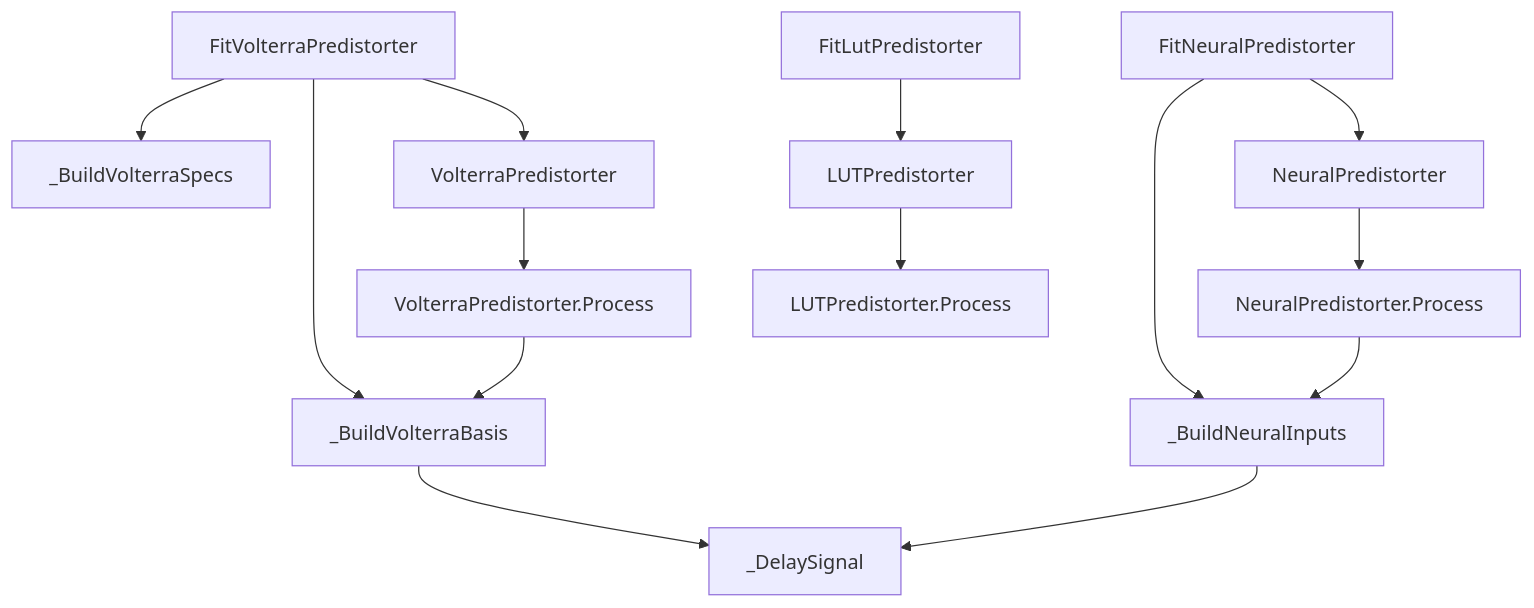
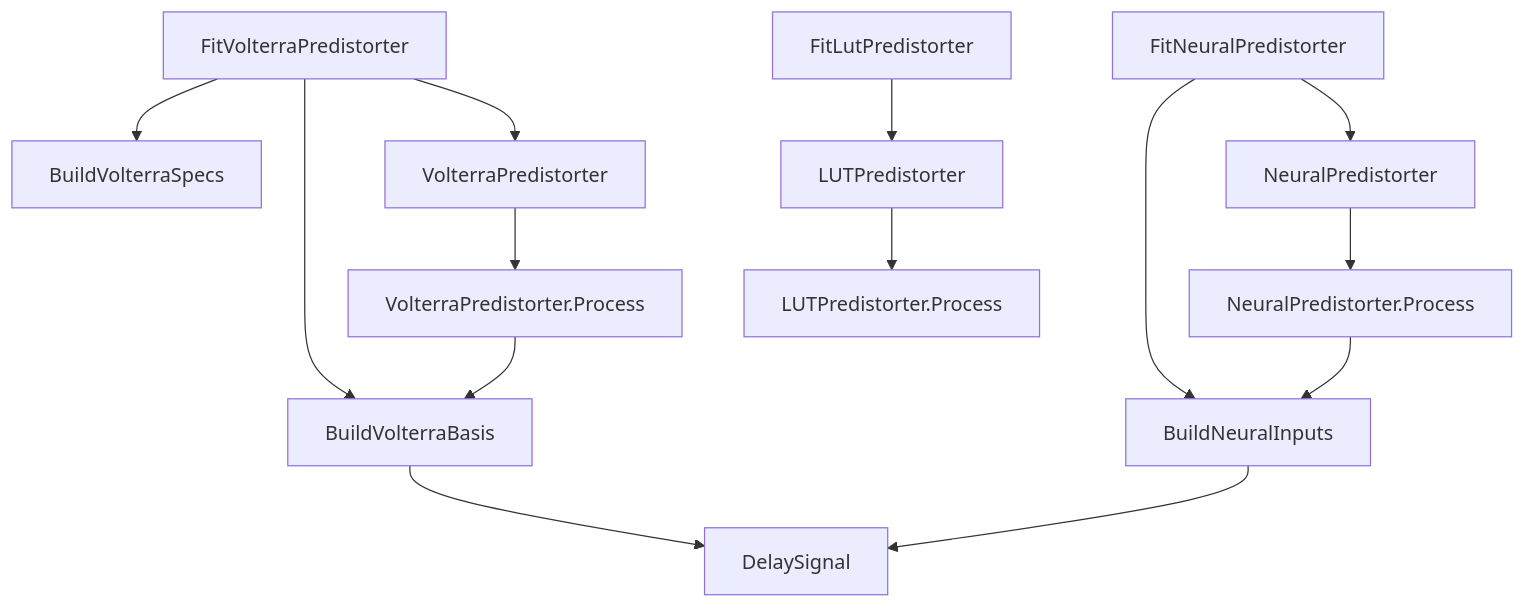
Before and after one commit to niyilu45/DPD_ILC: the sixth of 10 diagrams in README.md, drawn with Mermaid. The commit also changed other lines of this file and 13 other files, not shown here.

````diff
--- a/README.md
+++ b/README.md
@@ -240,18 +247,18 @@
 ```mermaid
 flowchart TD
-    fitVolterra["FitVolterraPredistorter"] --> volterraSpecs["_BuildVolterraSpecs"]
-    fitVolterra --> volterraBasis["_BuildVolterraBasis"]
-    volterraBasis --> delay["_DelaySignal"]
+    fitVolterra["FitVolterraPredistorter"] --> volterraSpecs["BuildVolterraSpecs"]
+    fitVolterra --> volterraBasis["BuildVolterraBasis"]
+    volterraBasis --> delay["DelaySignal"]
     fitVolterra --> volterraModel["VolterraPredistorter"]
     volterraModel --> volterraProcess["VolterraPredistorter.Process"]
     volterraProcess --> volterraBasis
 
     fitLut["FitLutPredistorter"] --> lutModel["LUTPredistorter"]
     lutModel --> lutProcess["LUTPredistorter.Process"]
 
-    fitNn["FitNeuralPredistorter"] --> neuralInputs["_BuildNeuralInputs"]
+    fitNn["FitNeuralPredistorter"] --> neuralInputs["BuildNeuralInputs"]
     neuralInputs --> delay
     fitNn --> neuralModel["NeuralPredistorter"]
     neuralModel --> neuralProcess["NeuralPredistorter.Process"]
     neuralProcess --> neuralInputs
 ```
````
